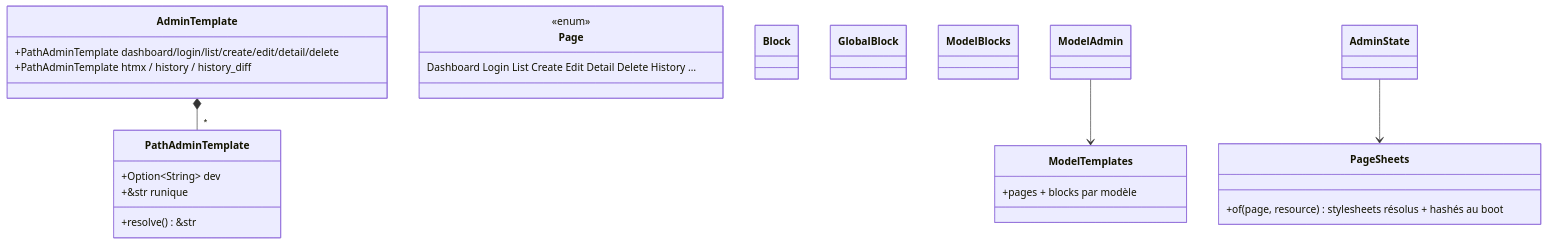
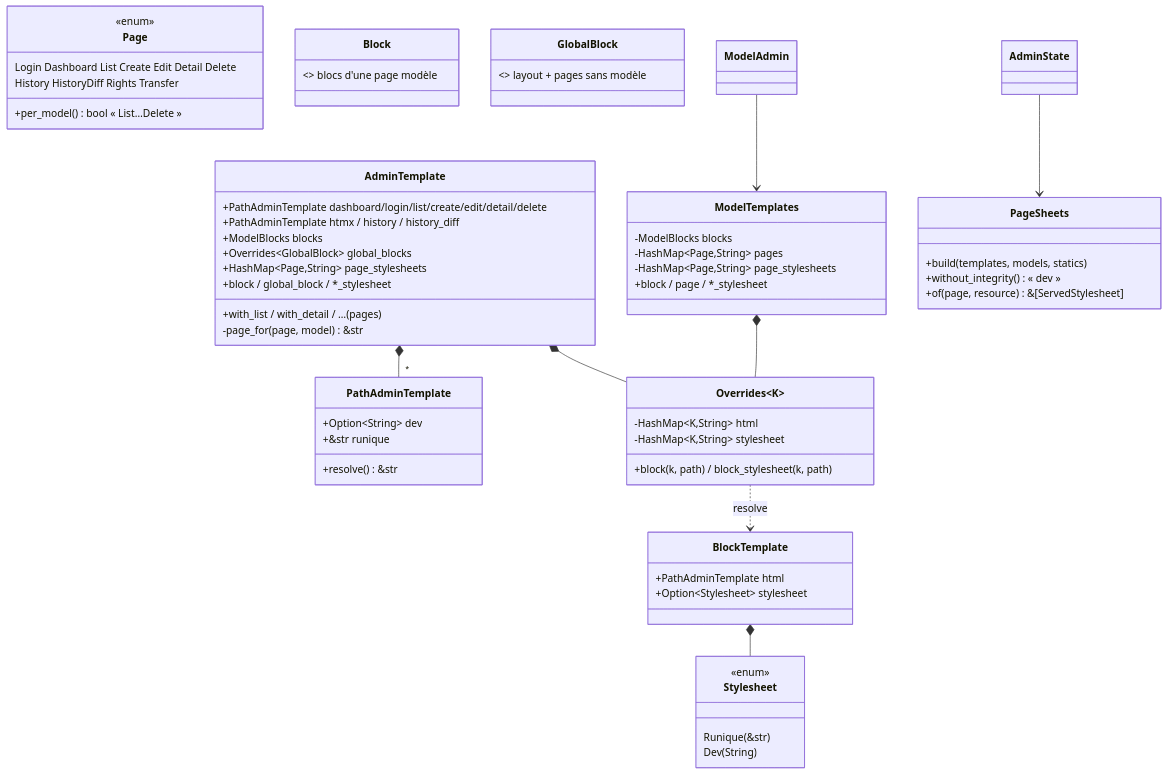
The second of 7 diagrams in diagramme/uml/admin/admin-complements.md (seb-alliot/runique), drawn with Mermaid before and after one commit. The commit also changed other lines of this file and 57 other files, not shown here.

Commit message:
fix few bug && diagramme

````diff
--- a/diagramme/uml/admin/admin-complements.md
+++ b/diagramme/uml/admin/admin-complements.md
@@ -48,28 +50,62 @@
 ```mermaid
 classDiagram
     class PathAdminTemplate {
         +Option~String~ dev
         +&str runique
         +resolve() &str
     }
     class AdminTemplate {
         +PathAdminTemplate dashboard/login/list/create/edit/detail/delete
         +PathAdminTemplate htmx / history / history_diff
+        +ModelBlocks blocks
+        +Overrides~GlobalBlock~ global_blocks
+        +HashMap~Page,String~ page_stylesheets
+        +with_list / with_detail / … (pages)
+        +block / global_block / *_stylesheet
+        -page_for(page, model) &str
     }
     class ModelTemplates {
-        +pages + blocks par modèle
+        -ModelBlocks blocks
+        -HashMap~Page,String~ pages
+        -HashMap~Page,String~ page_stylesheets
+        +block / page / *_stylesheet
+    }
+    class Overrides~K~ {
+        -HashMap~K,String~ html
+        -HashMap~K,String~ stylesheet
+        +block(k, path) / block_stylesheet(k, path)
+    }
+    class BlockTemplate {
+        +PathAdminTemplate html
+        +Option~Stylesheet~ stylesheet
+    }
+    class Stylesheet {
+        <<enum>>
+        Runique(&str)
+        Dev(String)
     }
     class Page {
         <<enum>>
-        Dashboard Login List Create Edit Detail Delete History …
+        Login Dashboard List Create Edit Detail Delete
+        History HistoryDiff Rights Transfer
+        +per_model() bool  « List…Delete »
+    }
+    class Block {
+        <<enum>> blocs d'une page modèle
+    }
+    class GlobalBlock {
+        <<enum>> layout + pages sans modèle
     }
     class PageSheets {
-        +of(page, resource) stylesheets résolus + hashés au boot
+        +build(templates, models, statics)
+        +without_integrity()  « dev »
+        +of(page, resource) &[ServedStylesheet]
     }
-    class Block
-    class GlobalBlock
-    class ModelBlocks
     AdminTemplate *-- "*" PathAdminTemplate
+    AdminTemplate *-- Overrides
+    ModelTemplates *-- Overrides
+    Overrides ..> BlockTemplate : resolve
+    BlockTemplate *-- Stylesheet
     ModelAdmin --> ModelTemplates
     AdminState --> PageSheets
 ```
````
